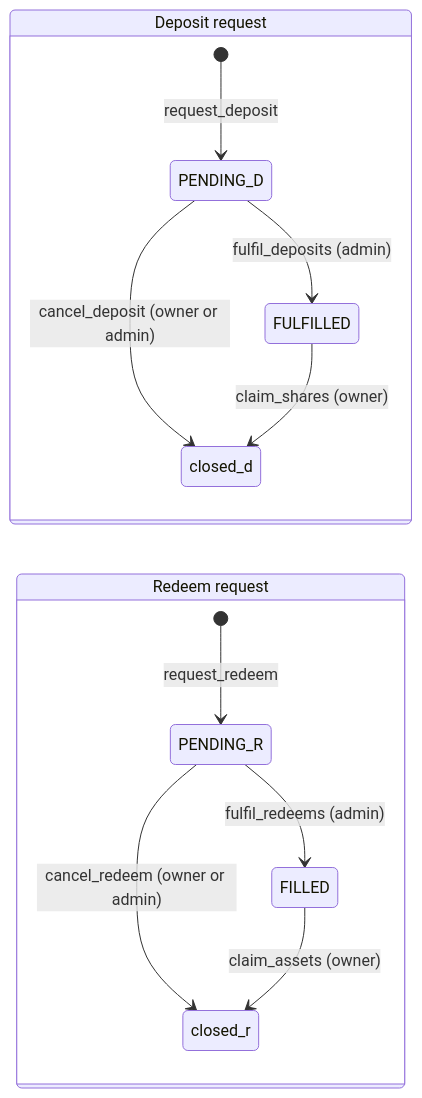
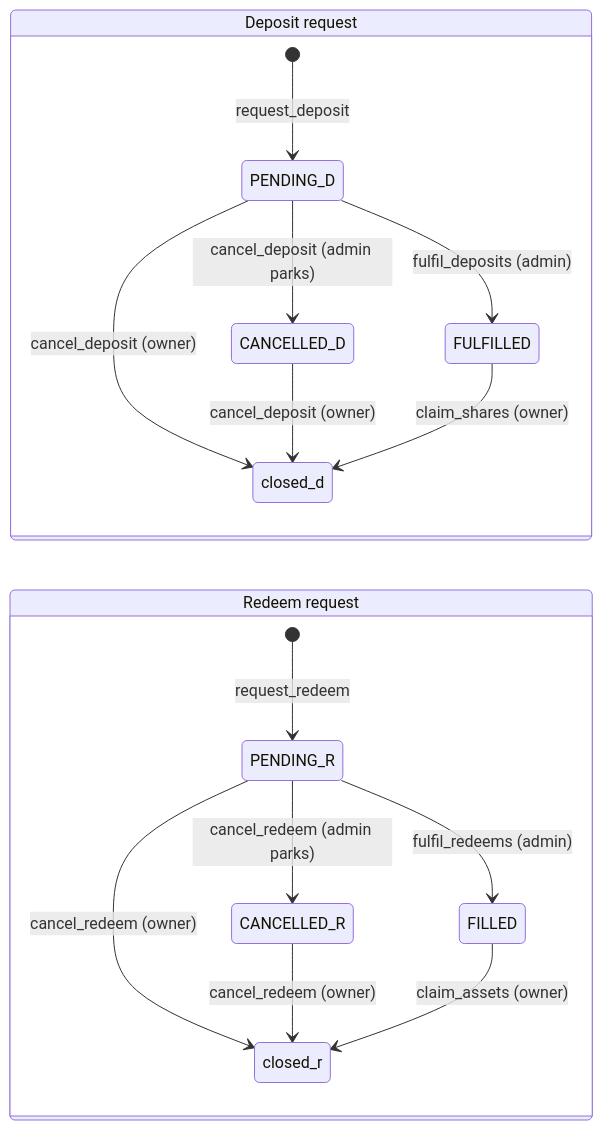
One commit to mutav-finance/mutav-protocol-solana changed the second of 2 diagrams in docs/technical-resources/program-reference.md. Above: the diagram before and after it, drawn with Mermaid. The commit also changed other lines of this file and 3 other files, not shown here.

````diff
--- a/docs/technical-resources/program-reference.md
+++ b/docs/technical-resources/program-reference.md
@@ -375,16 +375,20 @@
 ```mermaid
 stateDiagram-v2
   direction LR
   state "Deposit request" as D {
     [*] --> PENDING_D: request_deposit
     PENDING_D --> FULFILLED: fulfil_deposits (admin)
-    PENDING_D --> closed_d: cancel_deposit (owner or admin)
+    PENDING_D --> closed_d: cancel_deposit (owner)
+    PENDING_D --> CANCELLED_D: cancel_deposit (admin parks)
+    CANCELLED_D --> closed_d: cancel_deposit (owner)
     FULFILLED --> closed_d: claim_shares (owner)
   }
   state "Redeem request" as R {
     [*] --> PENDING_R: request_redeem
     PENDING_R --> FILLED: fulfil_redeems (admin)
-    PENDING_R --> closed_r: cancel_redeem (owner or admin)
+    PENDING_R --> closed_r: cancel_redeem (owner)
+    PENDING_R --> CANCELLED_R: cancel_redeem (admin parks)
+    CANCELLED_R --> closed_r: cancel_redeem (owner)
     FILLED --> closed_r: claim_assets (owner)
   }
 ```
````
